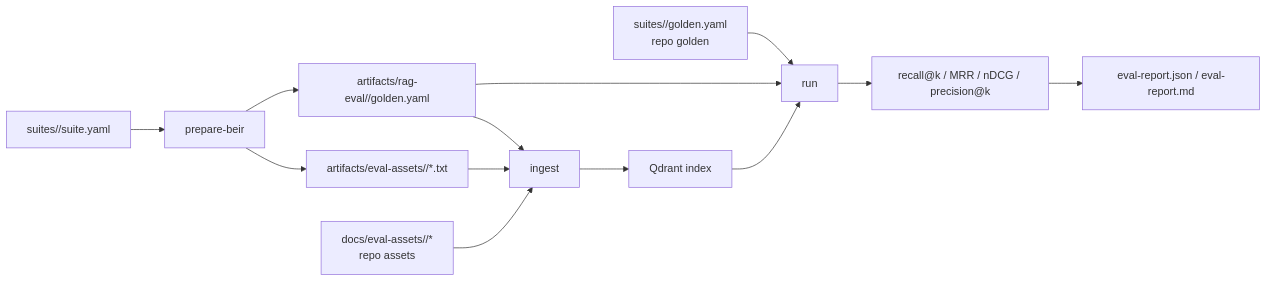
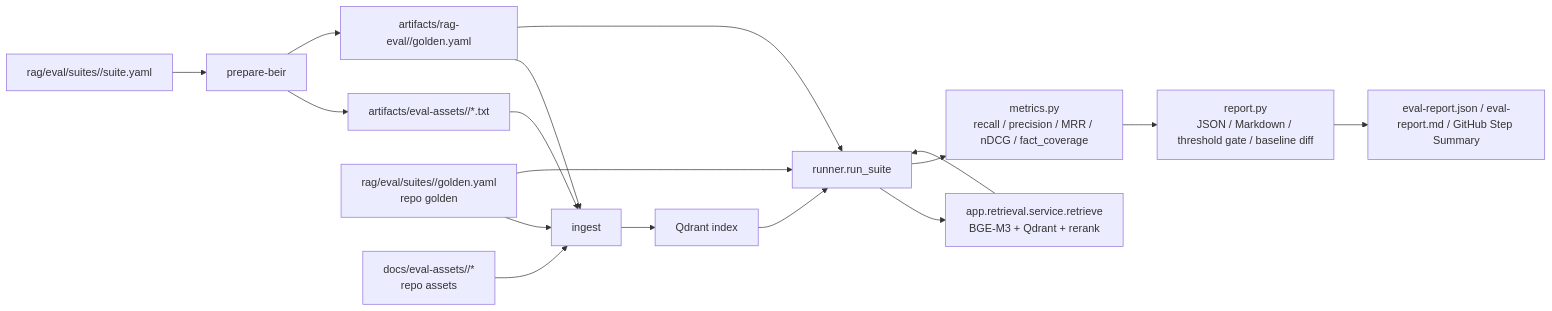
The diagram in docs/notes/rag-eval-harness.md (li798044887/a-rag), drawn with Mermaid before and after one commit. The commit also changed other lines of this file, not shown here.

````diff
--- a/docs/notes/rag-eval-harness.md
+++ b/docs/notes/rag-eval-harness.md
@@ -9,15 +18,19 @@
 ```mermaid
 flowchart LR
-  C["suites/<suite>/suite.yaml"] --> P["prepare-beir"]
-  P --> A["artifacts/eval-assets/<suite>/*.txt"]
-  P --> G["artifacts/rag-eval/<suite>/golden.yaml"]
-  RG["suites/<suite>/golden.yaml<br>repo golden"] --> R
-  RA["docs/eval-assets/<suite>/*<br>repo assets"] --> I
-  A --> I["ingest"]
-  G --> I
-  I --> Q["Qdrant index"]
-  G --> R["run"]
-  Q --> R
-  R --> M["recall@k / MRR / nDCG / precision@k"]
-  M --> O["eval-report.json / eval-report.md"]
+  SC["rag/eval/suites/<suite>/suite.yaml"] --> PB["prepare-beir"]
+  PB --> BA["artifacts/eval-assets/<suite>/*.txt"]
+  PB --> BG["artifacts/rag-eval/<suite>/golden.yaml"]
+  RG["rag/eval/suites/<suite>/golden.yaml<br>repo golden"] --> IN
+  RA["docs/eval-assets/<suite>/*<br>repo assets"] --> IN
+  BA --> IN["ingest"]
+  BG --> IN
+  IN --> Q["Qdrant index"]
+  BG --> RUN["runner.run_suite"]
+  RG --> RUN
+  Q --> RUN
+  RUN --> RS["app.retrieval.service.retrieve<br>BGE-M3 + Qdrant + rerank"]
+  RS --> RUN
+  RUN --> M["metrics.py<br>recall / precision / MRR / nDCG / fact_coverage"]
+  M --> RP["report.py<br>JSON / Markdown / threshold gate / baseline diff"]
+  RP --> OUT["eval-report.json / eval-report.md / GitHub Step Summary"]
 ```
````
